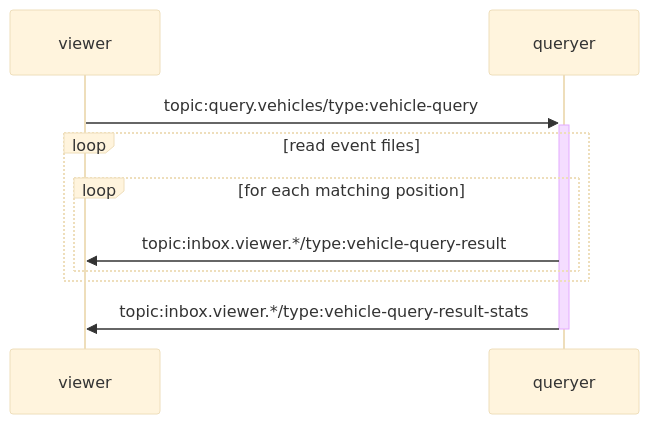
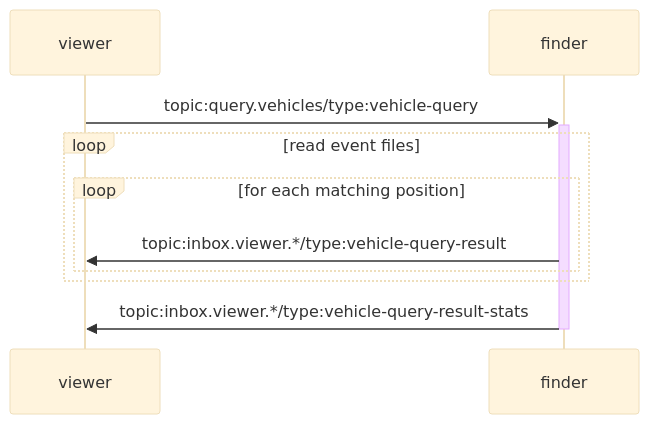
One commit to livetocode/vehicle-fleet-poc changed the second of 3 diagrams in README.md. Above: the diagram before and after it, drawn with Mermaid (base theme). The commit also changed other lines of this file and 21 other files, not shown here.

````diff
--- a/README.md
+++ b/README.md
@@ -92,10 +92,10 @@
 ```mermaid
 sequenceDiagram
-    viewer ->>+ queryer: topic:query.vehicles/type:vehicle-query
+    viewer ->>+ finder: topic:query.vehicles/type:vehicle-query
     loop read event files
         loop for each matching position
-            queryer ->> viewer: topic:inbox.viewer.*/type:vehicle-query-result
+            finder ->> viewer: topic:inbox.viewer.*/type:vehicle-query-result
         end
     end
-    queryer ->>- viewer: topic:inbox.viewer.*/type:vehicle-query-result-stats
+    finder ->>- viewer: topic:inbox.viewer.*/type:vehicle-query-result-stats
 ```
````
